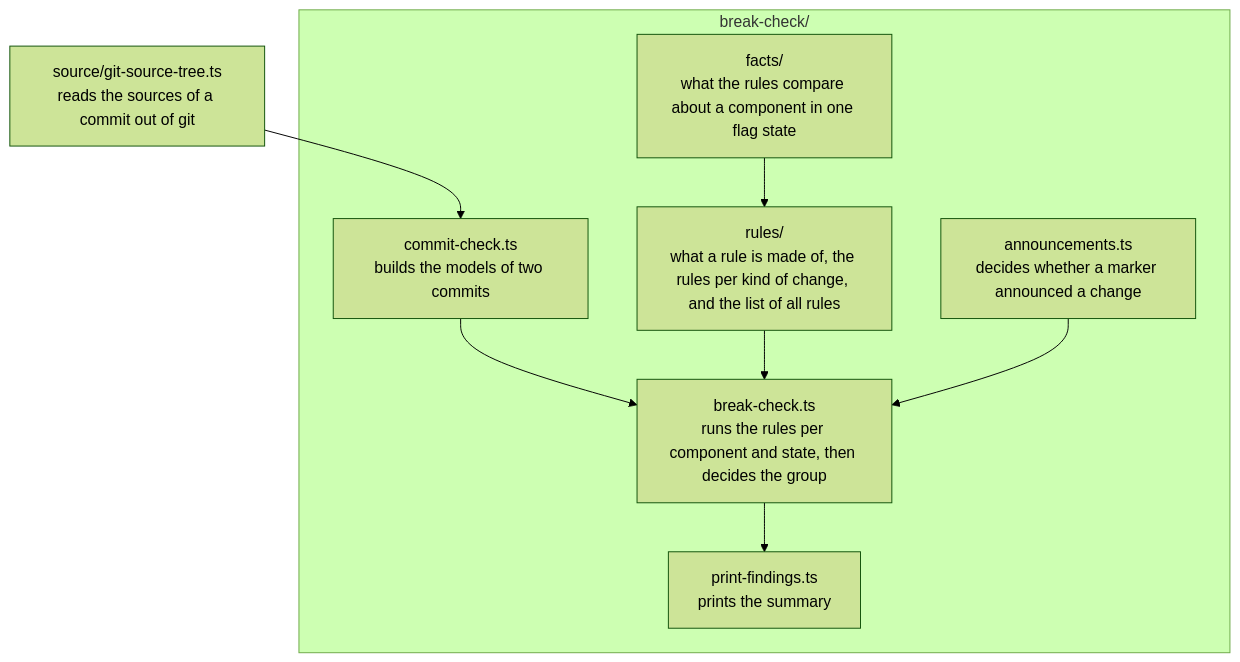
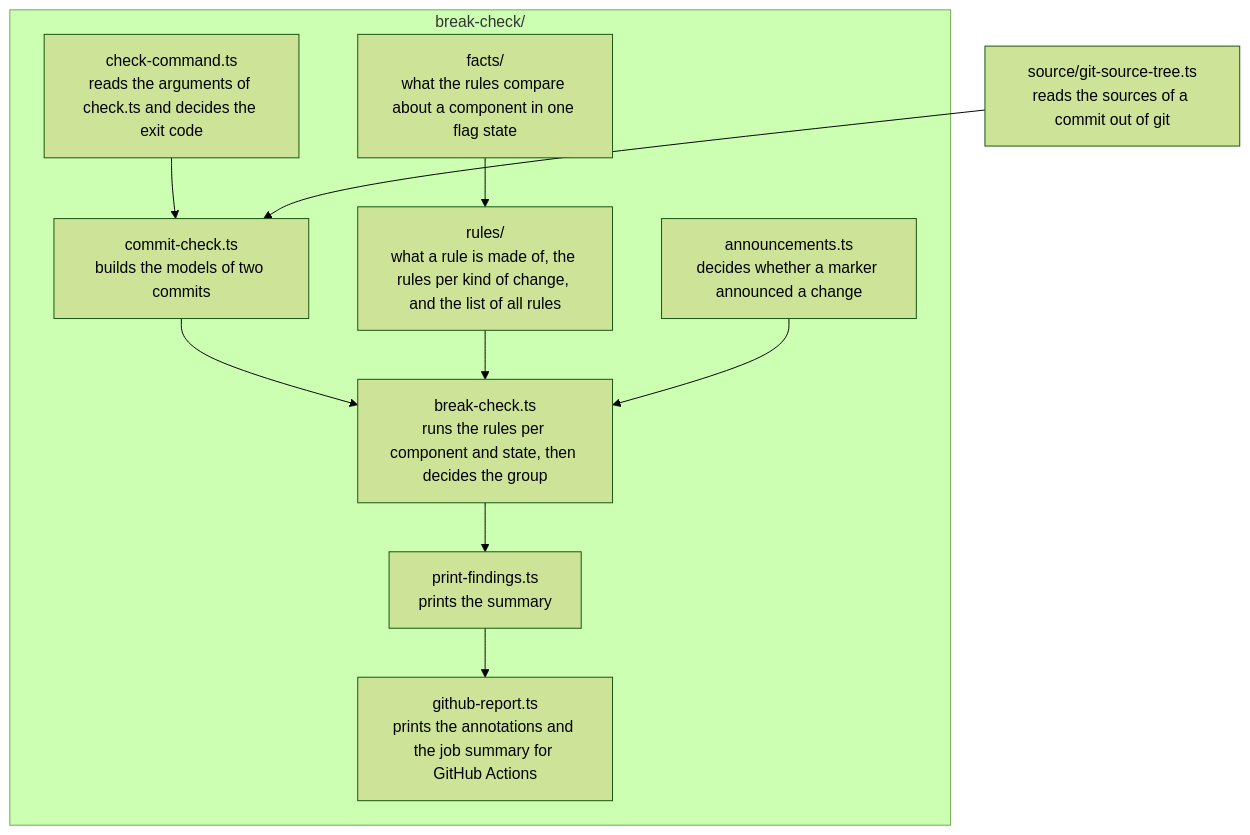
One commit to shopware/shopware changed the second of 2 diagrams in src/Administration/Resources/app/administration/scripts/generate-public-api/README.md. Above: the diagram before and after it, drawn with Mermaid (forest theme). The commit also changed other lines of this file and 10 other files, not shown here.

First line of the commit message:
ci(administration): run the public API break check on pull requests in report-only mode

````diff
--- a/src/Administration/Resources/app/administration/scripts/generate-public-api/README.md
+++ b/src/Administration/Resources/app/administration/scripts/generate-public-api/README.md
@@ -101,16 +101,20 @@
 ```mermaid
 flowchart TD
     git["source/git-source-tree.ts<br/>reads the sources of a commit out of git"]
     subgraph check["break-check/"]
+        command["check-command.ts<br/>reads the arguments of check.ts and decides the exit code"]
         commits["commit-check.ts<br/>builds the models of two commits"]
         facts["facts/<br/>what the rules compare about a component in one flag state"]
         rules["rules/<br/>what a rule is made of, the rules per kind of change, and the list of all rules"]
         classify["break-check.ts<br/>runs the rules per component and state, then decides the group"]
         announced["announcements.ts<br/>decides whether a marker announced a change"]
         print["print-findings.ts<br/>prints the summary"]
+        github["github-report.ts<br/>prints the annotations and the job summary for GitHub Actions"]
     end
 
+    command --> commits
     git --> commits --> classify
     facts --> rules --> classify --> print
+    print --> github
     announced --> classify
 ```
````
